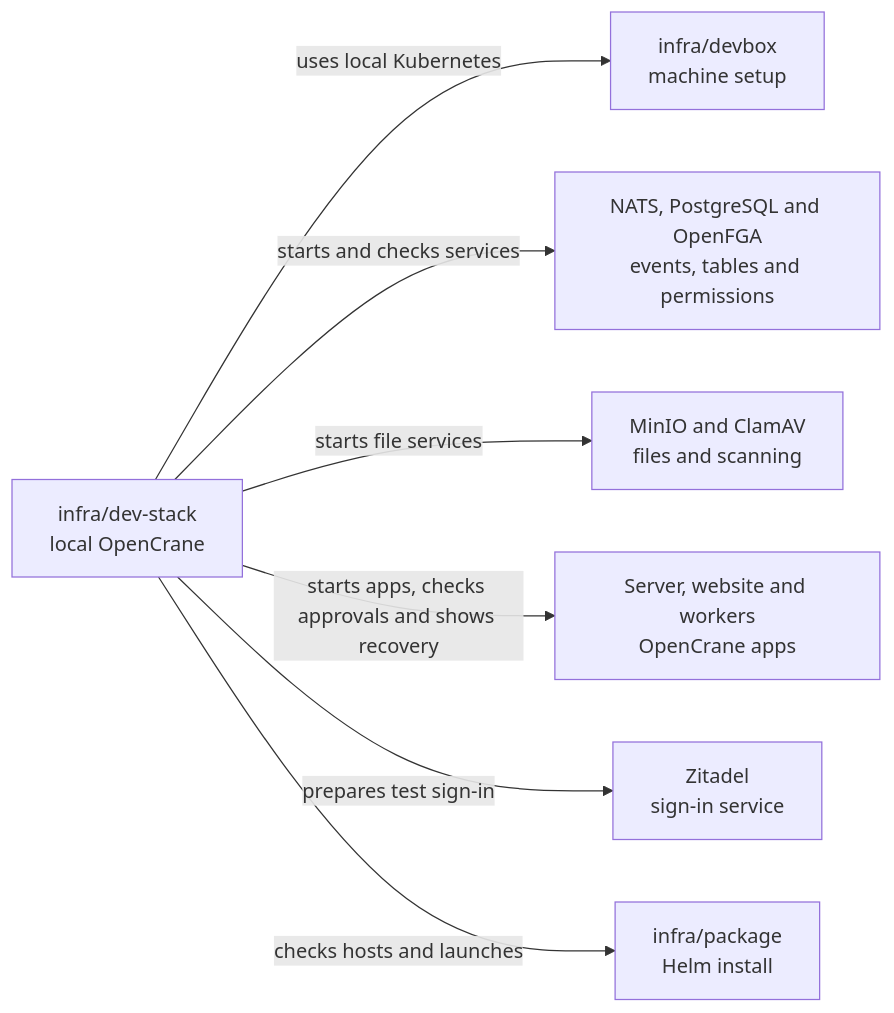
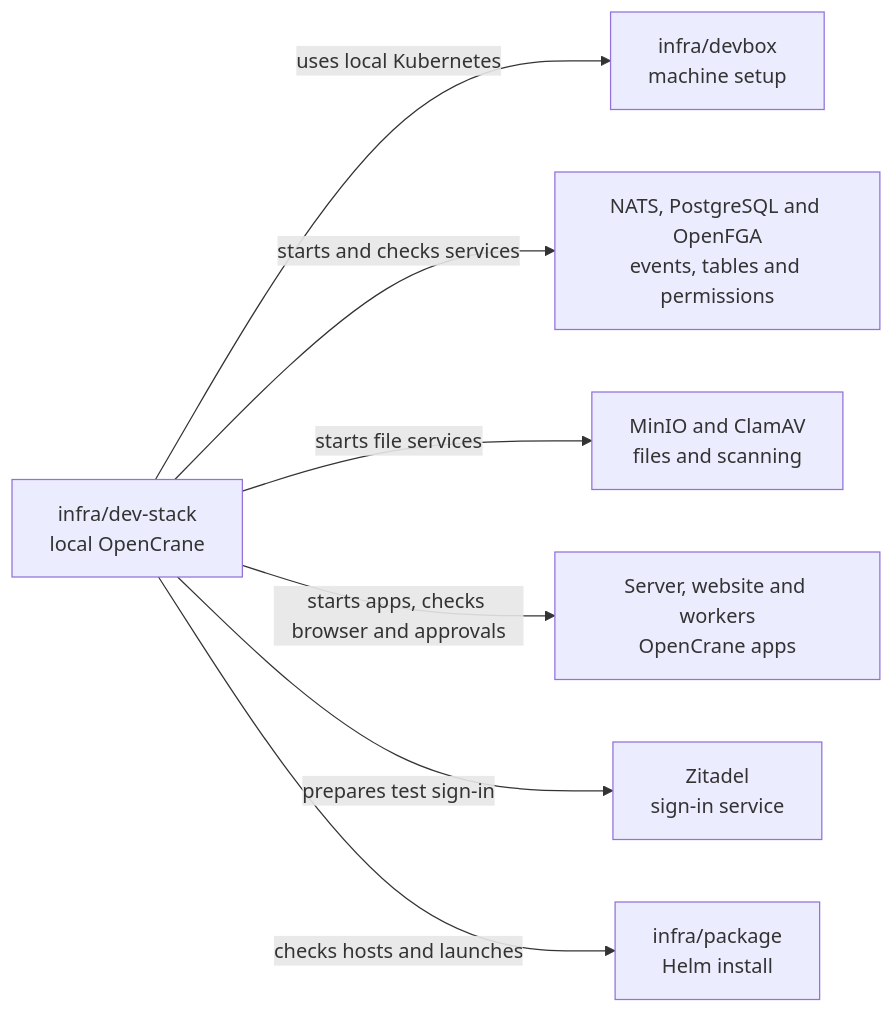
One commit to elewa-git/opencrane-new changed the diagram in infra/dev-stack/README.md. Above: the diagram before and after it, drawn with Mermaid. The commit also changed other lines of this file and 7 other files, not shown here.

````diff
--- a/infra/dev-stack/README.md
+++ b/infra/dev-stack/README.md
@@ -18,9 +19,9 @@
 ```mermaid
 flowchart LR
   stack["infra/dev-stack<br/>local OpenCrane"] -->|uses local Kubernetes| devbox["infra/devbox<br/>machine setup"]
   stack -->|starts and checks services| services["NATS, PostgreSQL and OpenFGA<br/>events, tables and permissions"]
   stack -->|starts file services| files["MinIO and ClamAV<br/>files and scanning"]
-  stack -->|starts apps, checks approvals and shows recovery| apps["Server, website and workers<br/>OpenCrane apps"]
+  stack -->|starts apps, checks browser and approvals| apps["Server, website and workers<br/>OpenCrane apps"]
   stack -->|prepares test sign-in| zitadel["Zitadel<br/>sign-in service"]
   stack -->|checks hosts and launches| package["infra/package<br/>Helm install"]
 ```
````
